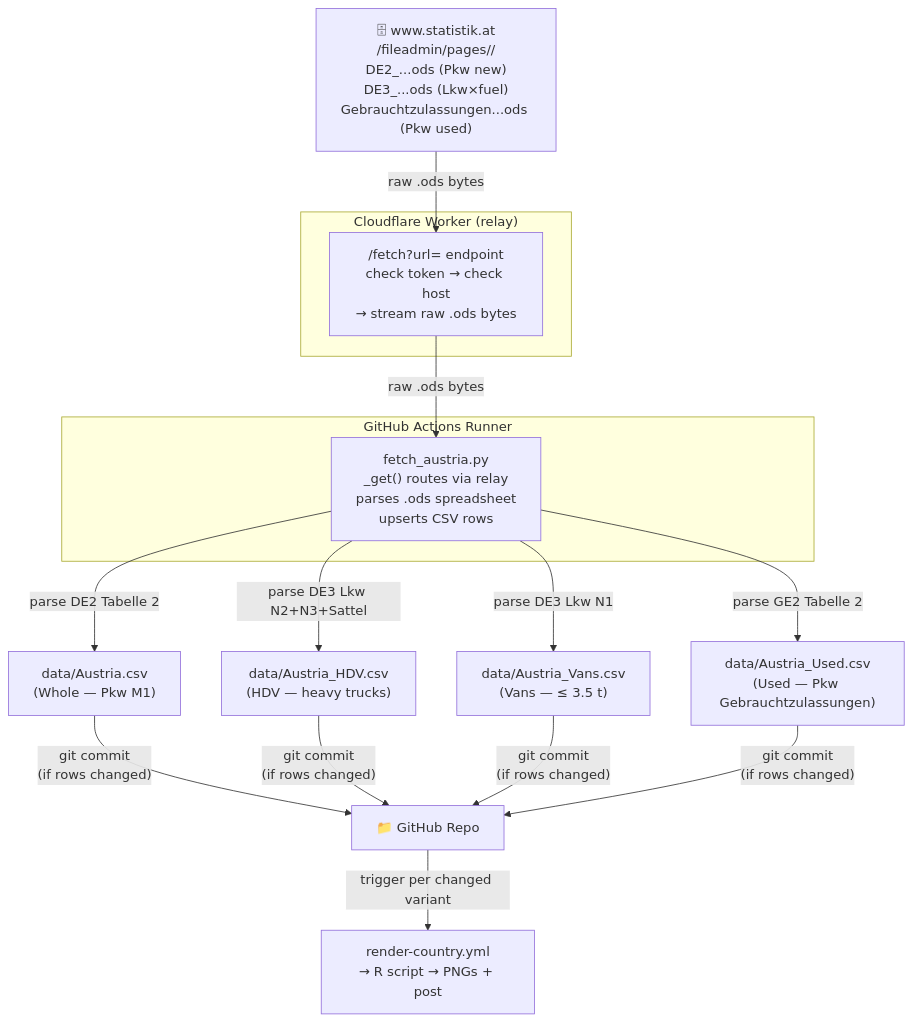
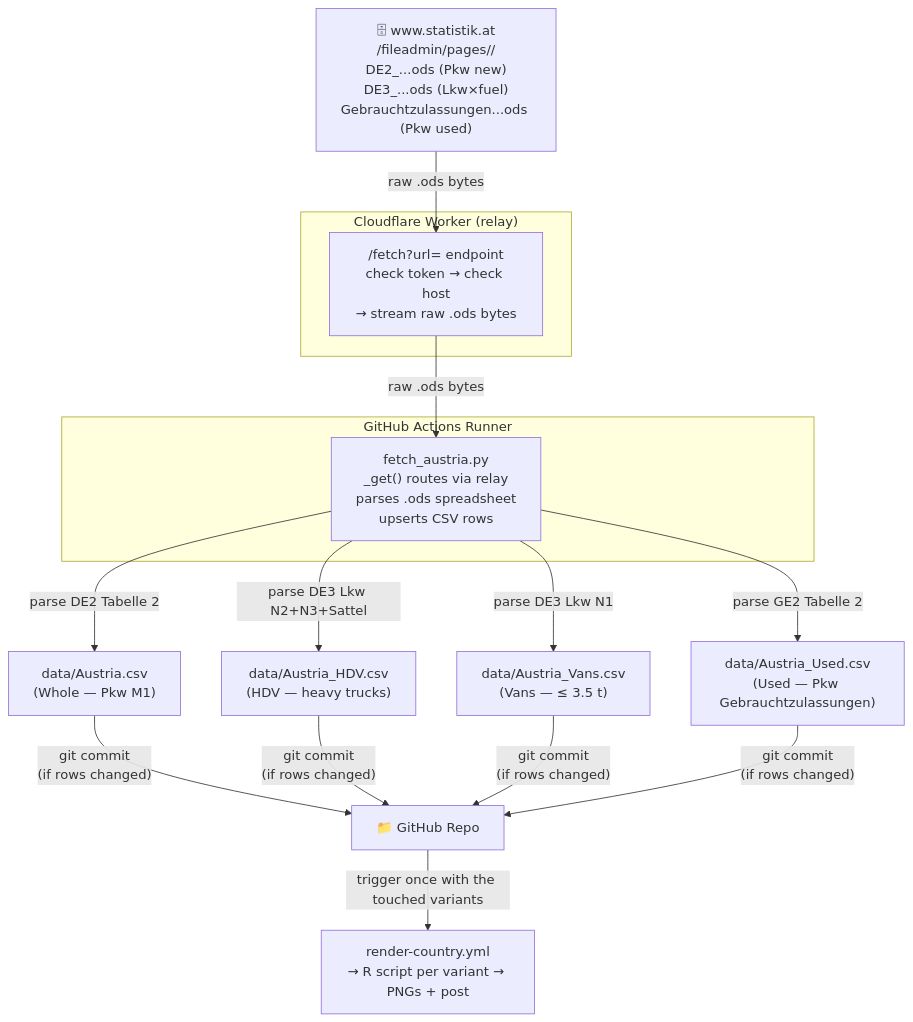
One commit to LeRaffl/LeRaffl-Gallery changed the fifth of 5 diagrams in docs/architecture/20-source-austria.md. Above: the diagram before and after it, drawn with Mermaid. The commit also changed 26 other files, not shown here.

````diff
--- a/docs/architecture/20-source-austria.md
+++ b/docs/architecture/20-source-austria.md
@@ -382,22 +382,22 @@
 ```mermaid
 flowchart TD
     SA["🗄 www.statistik.at\n/fileadmin/pages/<id>/\nDE2_...ods (Pkw new)\nDE3_...ods (Lkw×fuel)\nGebrauchtzulassungen...ods (Pkw used)"]
 
     subgraph relay["Cloudflare Worker (relay)"]
         R["/fetch?url= endpoint\ncheck token → check host\n→ stream raw .ods bytes"]
     end
 
     subgraph runner["GitHub Actions Runner"]
         Script["fetch_austria.py\n_get() routes via relay\nparses .ods spreadsheet\nupserts CSV rows"]
     end
 
     SA -->|raw .ods bytes| R -->|raw .ods bytes| Script
 
     Script -->|"parse DE2 Tabelle 2"| CSV1["data/Austria.csv\n(Whole — Pkw M1)"]
     Script -->|"parse DE3 Lkw N2+N3+Sattel"| CSV2["data/Austria_HDV.csv\n(HDV — heavy trucks)"]
     Script -->|"parse DE3 Lkw N1"| CSV3["data/Austria_Vans.csv\n(Vans — ≤ 3.5 t)"]
     Script -->|"parse GE2 Tabelle 2"| CSV4["data/Austria_Used.csv\n(Used — Pkw Gebrauchtzulassungen)"]
 
     CSV1 & CSV2 & CSV3 & CSV4 -->|"git commit\n(if rows changed)"| Repo["📁 GitHub Repo"]
-    Repo -->|"trigger per changed variant"| Render["render-country.yml\n→ R script → PNGs + post"]
+    Repo -->|"trigger once with the touched variants"| Render["render-country.yml\n→ R script per variant → PNGs + post"]
 ```
````
